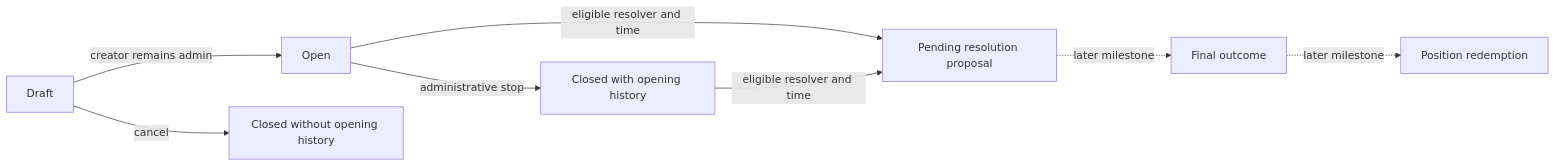
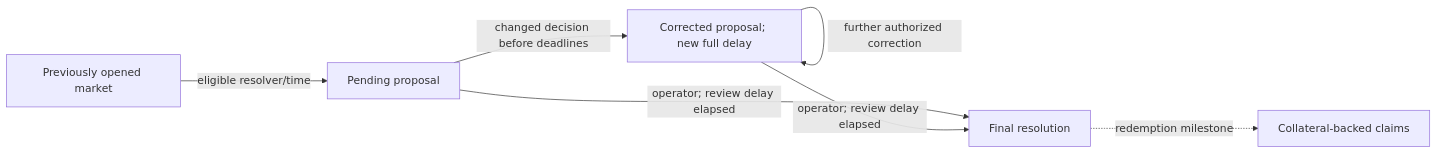
The diagram in docs/binary-resolution.md (kunal171/outcomia-canton), drawn with Mermaid before and after one commit. The commit also changed other lines of this file and 6 other files, not shown here.

Commit message:
docs: explain correction review periods and finalization authority

````diff
--- a/docs/binary-resolution.md
+++ b/docs/binary-resolution.md
@@ -68,10 +107,9 @@
 ```mermaid
 flowchart LR
-  Draft -->|creator remains admin| Open
-  Draft -->|cancel| Cancelled[Closed without opening history]
-  Open -->|administrative stop| Closed[Closed with opening history]
-  Open -->|eligible resolver and time| Proposal[Pending resolution proposal]
-  Closed -->|eligible resolver and time| Proposal
-  Proposal -. later milestone .-> Final[Final outcome]
-  Final -. later milestone .-> Claim[Position redemption]
+  Market[Previously opened market] -->|eligible resolver/time| Pending[Pending proposal]
+  Pending -->|changed decision before deadlines| Revised[Corrected proposal; new full delay]
+  Revised -->|further authorized correction| Revised
+  Pending -->|operator; review delay elapsed| Final[Final resolution]
+  Revised -->|operator; review delay elapsed| Final
+  Final -. redemption milestone .-> Claim[Collateral-backed claims]
 ```
````
